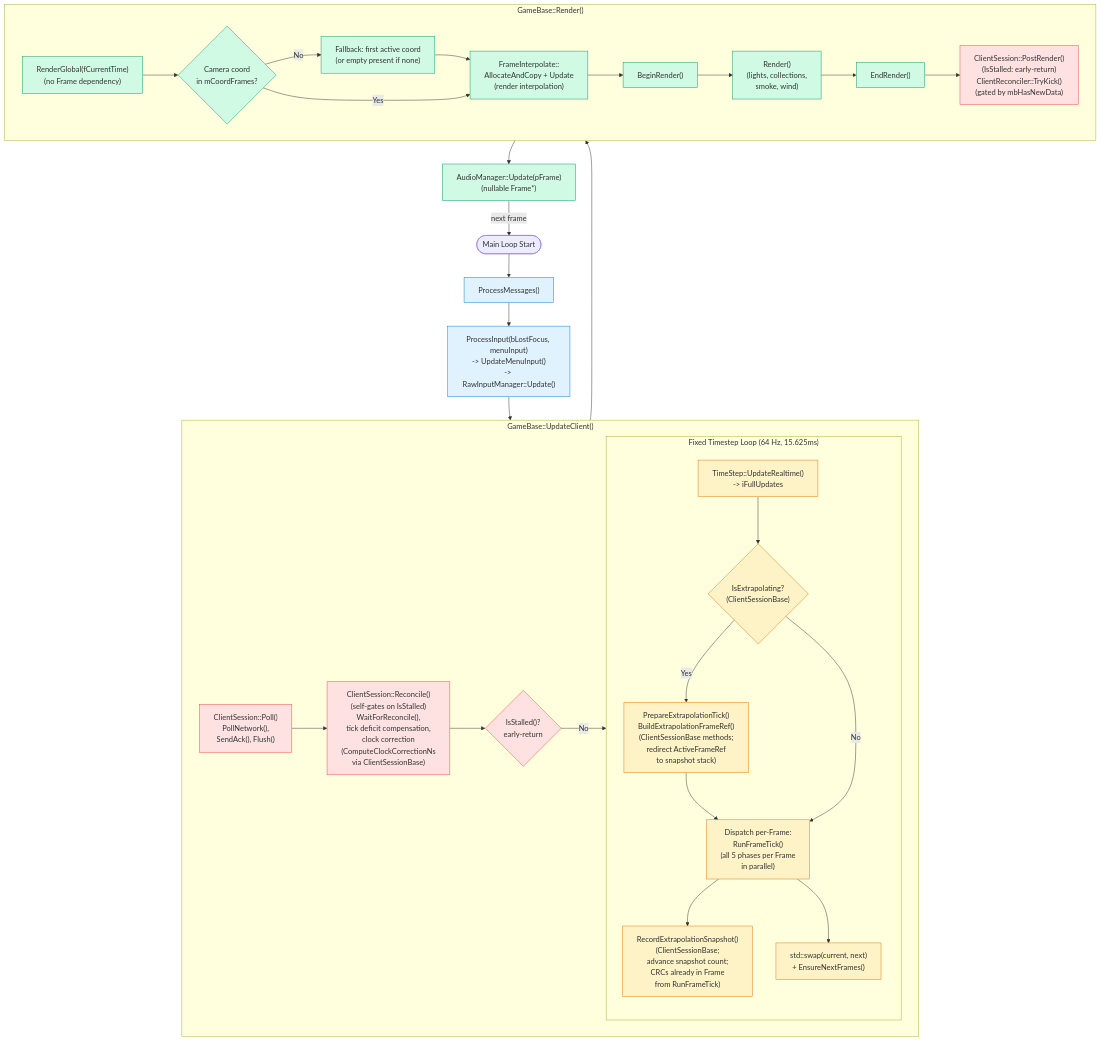
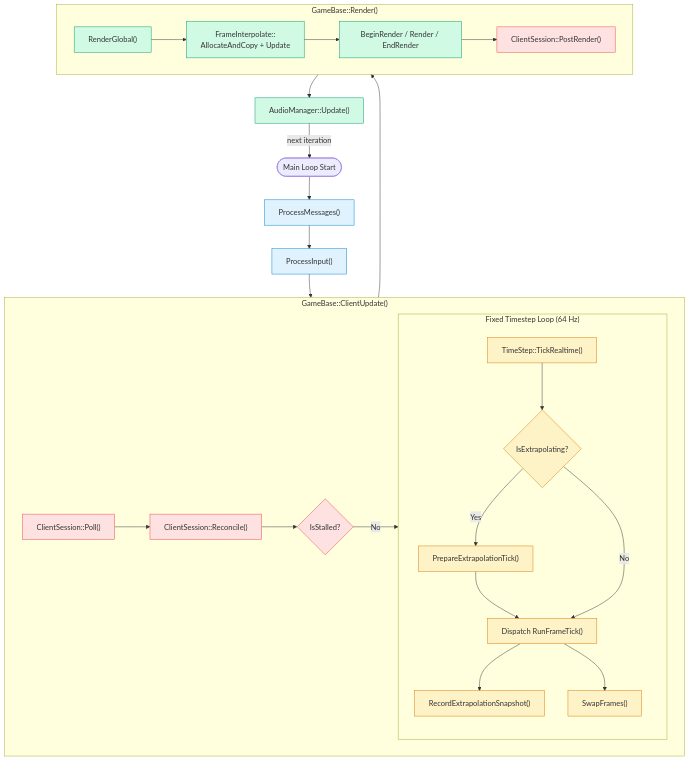
One commit to DougTanner/BrokenEnginePublic changed the second of 5 diagrams in Documents/Architecture/FrameUpdatePipeline.md. Above: the diagram before and after it, drawn with Mermaid. The commit also changed other lines of this file and 66 other files, not shown here.

````diff
--- a/Documents/Architecture/FrameUpdatePipeline.md
+++ b/Documents/Architecture/FrameUpdatePipeline.md
@@ -55,59 +54,52 @@
 ```mermaid
 %%{init: {'theme': 'default'}}%%
 flowchart TD
     classDef input fill:#e0f2fe,stroke:#0284c7
     classDef physics fill:#fef3c7,stroke:#d97706
     classDef network fill:#fee2e2,stroke:#ef4444
     classDef render fill:#d1fae5,stroke:#059669
 
     start(["Main Loop Start"])
 
     msgs["ProcessMessages()"]:::input
 
-    preupdate["ProcessInput(bLostFocus, menuInput)<br/>-> UpdateMenuInput()<br/>-> RawInputManager::Update()"]:::input
+    preupdate["ProcessInput()"]:::input
 
-    subgraph tick_frames ["GameBase::UpdateClient()"]
-        poll["ClientSession::Poll()<br/>PollNetwork(),<br/>SendAck(), Flush()"]:::network
-        reconcile["ClientSession::Reconcile()<br/>(self-gates on IsStalled)<br/>WaitForReconcile(),<br/>tick deficit compensation,<br/>clock correction<br/>(ComputeClockCorrectionNs<br/>via ClientSessionBase)"]:::network
-        stall_check{"IsStalled()?<br/>early-return"}:::network
+    subgraph tick_frames ["GameBase::ClientUpdate()"]
+        poll["ClientSession::Poll()"]:::network
+        reconcile["ClientSession::Reconcile()"]:::network
+        stall_check{"IsStalled?"}:::network
         poll --> reconcile
         reconcile --> stall_check
 
-        subgraph physics_loop ["Fixed Timestep Loop (64 Hz, 15.625ms)"]
-            ts["TimeStep::UpdateRealtime()<br/>-> iFullUpdates"]:::physics
-            extrap_check{"IsExtrapolating?<br/>(ClientSessionBase)"}:::physics
-            extrap_prep["PrepareExtrapolationTick()<br/>BuildExtrapolationFrameRef()<br/>(ClientSessionBase methods;<br/>redirect ActiveFrameRef<br/>to snapshot stack)"]:::physics
-            dispatch["Dispatch per-Frame:<br/>RunFrameTick()<br/>(all 5 phases per Frame<br/>in parallel)"]:::physics
-            extrap_record["RecordExtrapolationSnapshot()<br/>(ClientSessionBase;<br/>advance snapshot count;<br/>CRCs already in Frame<br/>from RunFrameTick)"]:::physics
-            frame_swap["std::swap(current, next)<br/>+ EnsureNextFrames()"]:::physics
+        subgraph physics_loop ["Fixed Timestep Loop (64 Hz)"]
+            ts["TimeStep::TickRealtime()"]:::physics
+            extrap_check{"IsExtrapolating?"}:::physics
+            extrap_prep["PrepareExtrapolationTick()"]:::physics
+            dispatch["Dispatch RunFrameTick()"]:::physics
+            extrap_record["RecordExtrapolationSnapshot()"]:::physics
+            frame_swap["SwapFrames()"]:::physics
             ts --> extrap_check
             extrap_check -->|"Yes"| extrap_prep --> dispatch --> extrap_record
             extrap_check -->|"No"| dispatch --> frame_swap
         end
 
         stall_check -->|No| physics_loop
     end
 
     subgraph render_method ["GameBase::Render()"]
-        r_global["RenderGlobal(fCurrentTime)<br/>(no Frame dependency)"]:::render
-        r_cam_check{"Camera coord<br/>in mCoordFrames?"}:::render
-        r_fallback["Fallback: first active coord<br/>(or empty present if none)"]:::render
-        r_interp["FrameInterpolate::<br/>AllocateAndCopy + Update<br/>(render interpolation)"]:::render
-        r_begin["BeginRender()"]:::render
-        r_main["Render()<br/>(lights, collections,<br/>smoke, wind)"]:::render
-        r_end["EndRender()"]:::render
+        r_global["RenderGlobal()"]:::render
+        r_interp["FrameInterpolate::<br/>AllocateAndCopy + Update"]:::render
+        r_render["BeginRender / Render / EndRender"]:::render
 
-        post_render["ClientSession::PostRender()<br/>(IsStalled: early-return)<br/>ClientReconciler::TryKick()<br/>(gated by mbHasNewData)"]:::network
+        post_render["ClientSession::PostRender()"]:::network
 
-        r_global --> r_cam_check
-        r_cam_check -->|"No"| r_fallback --> r_interp
-        r_cam_check -->|"Yes"| r_interp
-        r_interp --> r_begin --> r_main --> r_end --> post_render
+        r_global --> r_interp --> r_render --> post_render
     end
 
-    audio["AudioManager::Update(pFrame)<br/>(nullable Frame*)"]:::render
+    audio["AudioManager::Update()"]:::render
 
     start --> msgs --> preupdate --> tick_frames
     tick_frames --> render_method --> audio
-    audio -->|next frame| start
+    audio -->|next iteration| start
 ```
````
